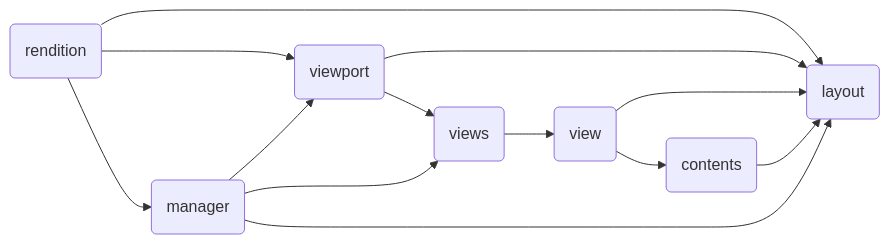
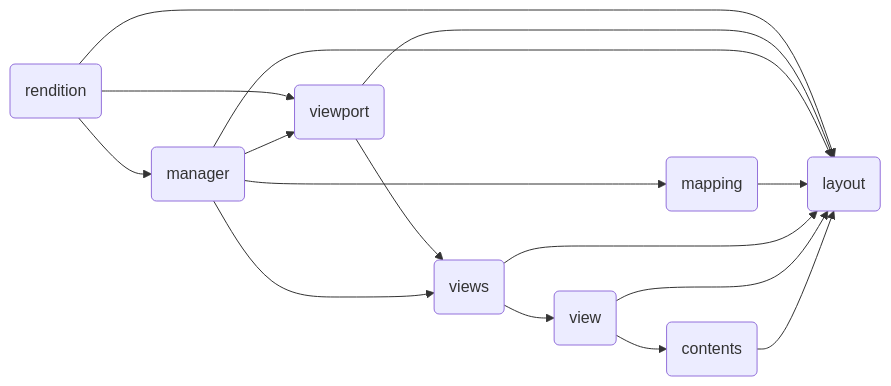
One commit to intity/epub-js changed the diagram in docs/rendering-system-architecture.md. Above: the diagram before and after it, drawn with Mermaid.

````diff
--- a/docs/rendering-system-architecture.md
+++ b/docs/rendering-system-architecture.md
@@ -7,22 +7,26 @@
 ```mermaid
 graph LR
 A(rendition)
 B(layout)
 C(viewport)
 D(manager)
-E(views)
-F(view)
-G(contents)
+E(mapping)
+F(views)
+G(view)
+H(contents)
 A --> B
 A --> C
 A --> D
 C --> B
-C --> E
+C --> F
+D --> B
 D --> C
 D --> E
-D --> B
-E --> F
+D --> F
+E --> B
 F --> B
 F --> G
 G --> B
+G --> H
+H --> B
 ```
````
